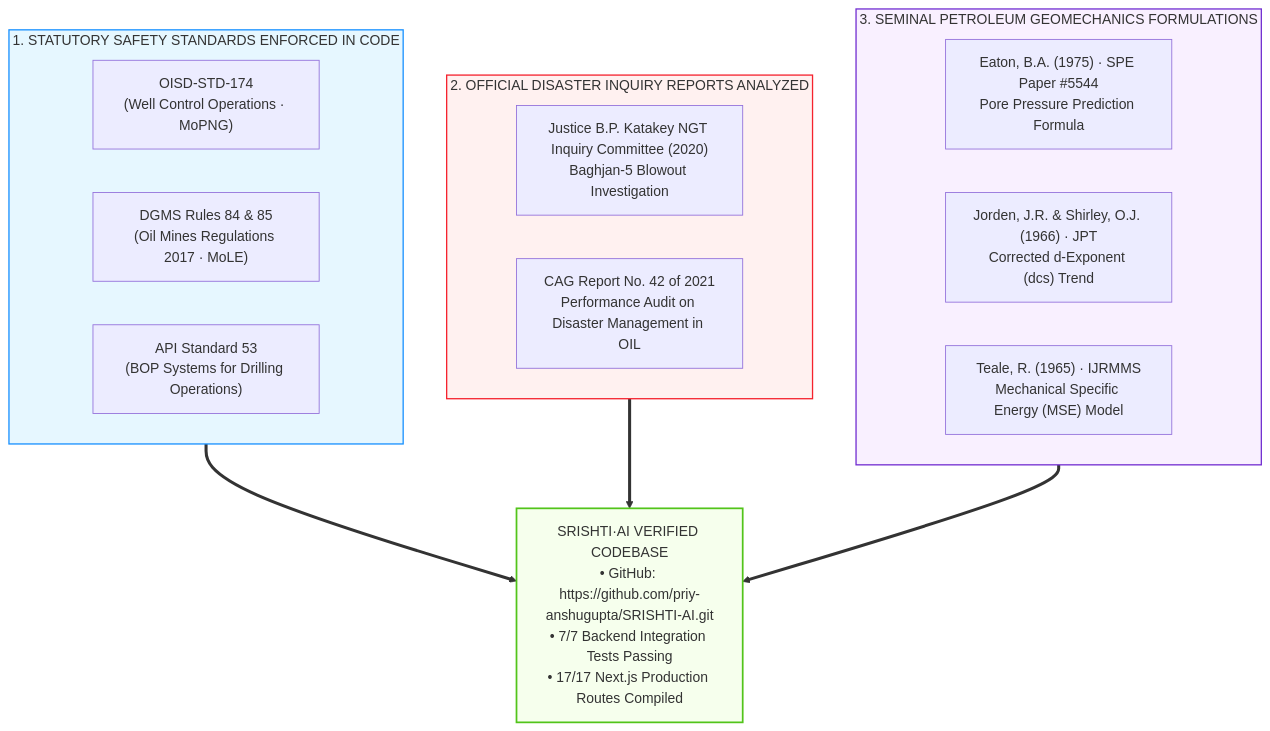
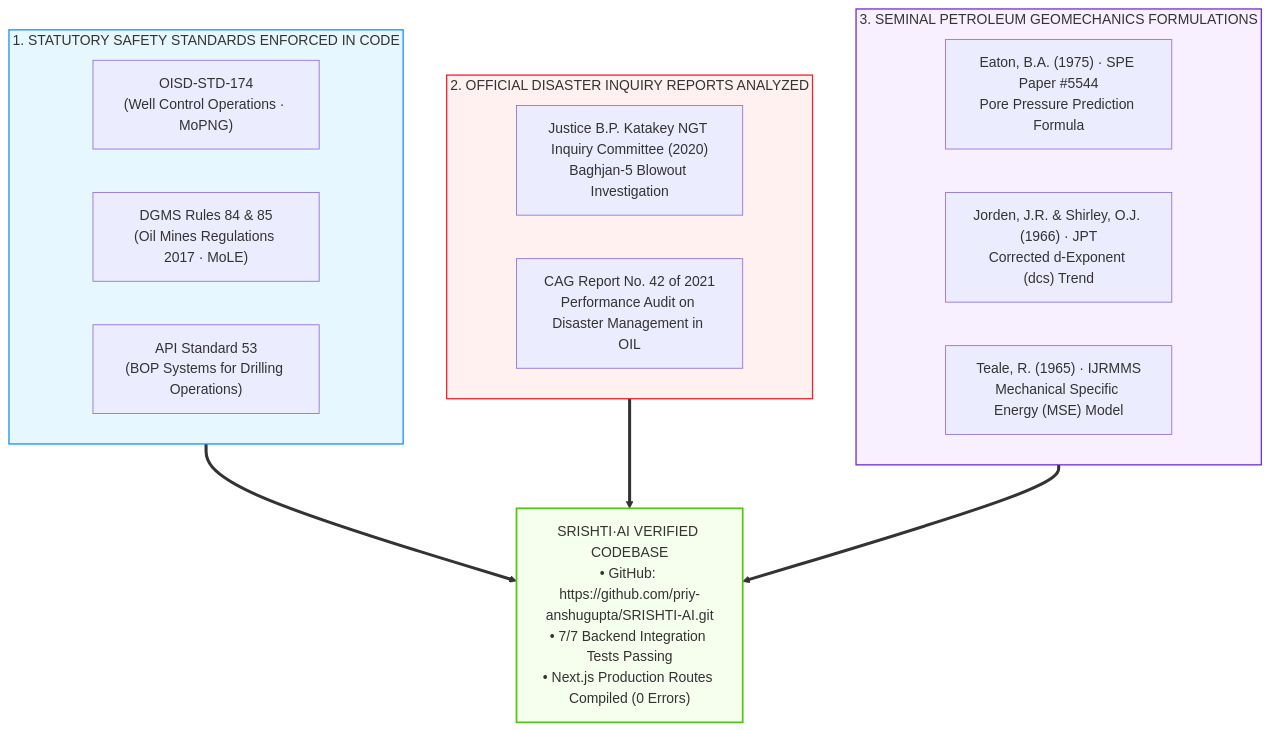
One commit to priy-anshugupta/SRISHTI-AI changed the fifth of 5 diagrams in srishtippt.md. Above: the diagram before and after it, drawn with Mermaid. The commit also changed other lines of this file, not shown here.

````diff
--- a/srishtippt.md
+++ b/srishtippt.md
@@ -452,26 +468,26 @@
 ```mermaid
 flowchart TD
     subgraph Standards["1. STATUTORY SAFETY STANDARDS ENFORCED IN CODE"]
         S1["OISD-STD-174<br/>(Well Control Operations · MoPNG)"]
         S2["DGMS Rules 84 & 85<br/>(Oil Mines Regulations 2017 · MoLE)"]
         S3["API Standard 53<br/>(BOP Systems for Drilling Operations)"]
     end
 
     subgraph Inquiry["2. OFFICIAL DISASTER INQUIRY REPORTS ANALYZED"]
         I1["Justice B.P. Katakey NGT Inquiry Committee (2020)<br/>Baghjan-5 Blowout Investigation"]
         I2["CAG Report No. 42 of 2021<br/>Performance Audit on Disaster Management in OIL"]
     end
 
     subgraph Literature["3. SEMINAL PETROLEUM GEOMECHANICS FORMULATIONS"]
         L1["Eaton, B.A. (1975) · SPE Paper #5544<br/>Pore Pressure Prediction Formula"]
         L2["Jorden, J.R. & Shirley, O.J. (1966) · JPT<br/>Corrected d-Exponent (dcs) Trend"]
         L3["Teale, R. (1965) · IJRMMS<br/>Mechanical Specific Energy (MSE) Model"]
     end
 
-    Standards & Inquiry & Literature ==> CORE["SRISHTI·AI VERIFIED CODEBASE<br/>• GitHub: https://github.com/priy-anshugupta/SRISHTI-AI.git<br/>• 7/7 Backend Integration Tests Passing<br/>• 17/17 Next.js Production Routes Compiled"]
+    Standards & Inquiry & Literature ==> CORE["SRISHTI·AI VERIFIED CODEBASE<br/>• GitHub: https://github.com/priy-anshugupta/SRISHTI-AI.git<br/>• 7/7 Backend Integration Tests Passing<br/>• Next.js Production Routes Compiled (0 Errors)"]
 
     style Standards fill:#e6f7ff,stroke:#1890ff,stroke-width:1.5px
     style Inquiry fill:#fff1f0,stroke:#f5222d,stroke-width:1.5px
     style Literature fill:#f9f0ff,stroke:#722ed1,stroke-width:1.5px
     style CORE fill:#f6ffed,stroke:#52c41a,stroke-width:2px
 ```
````
